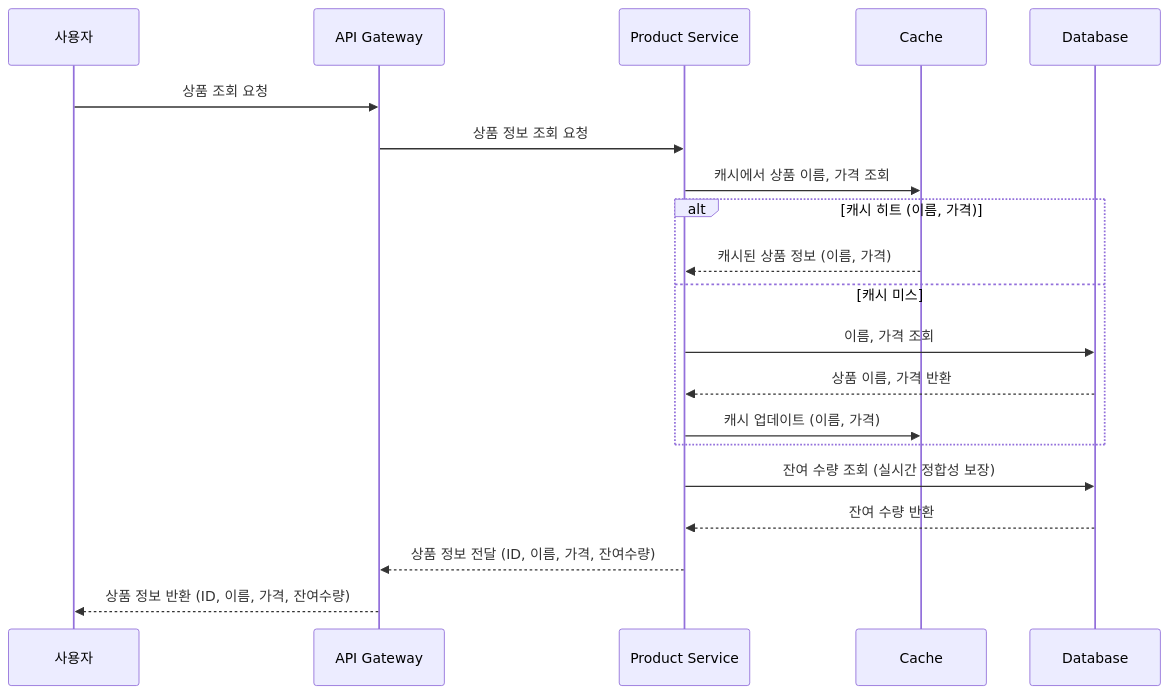
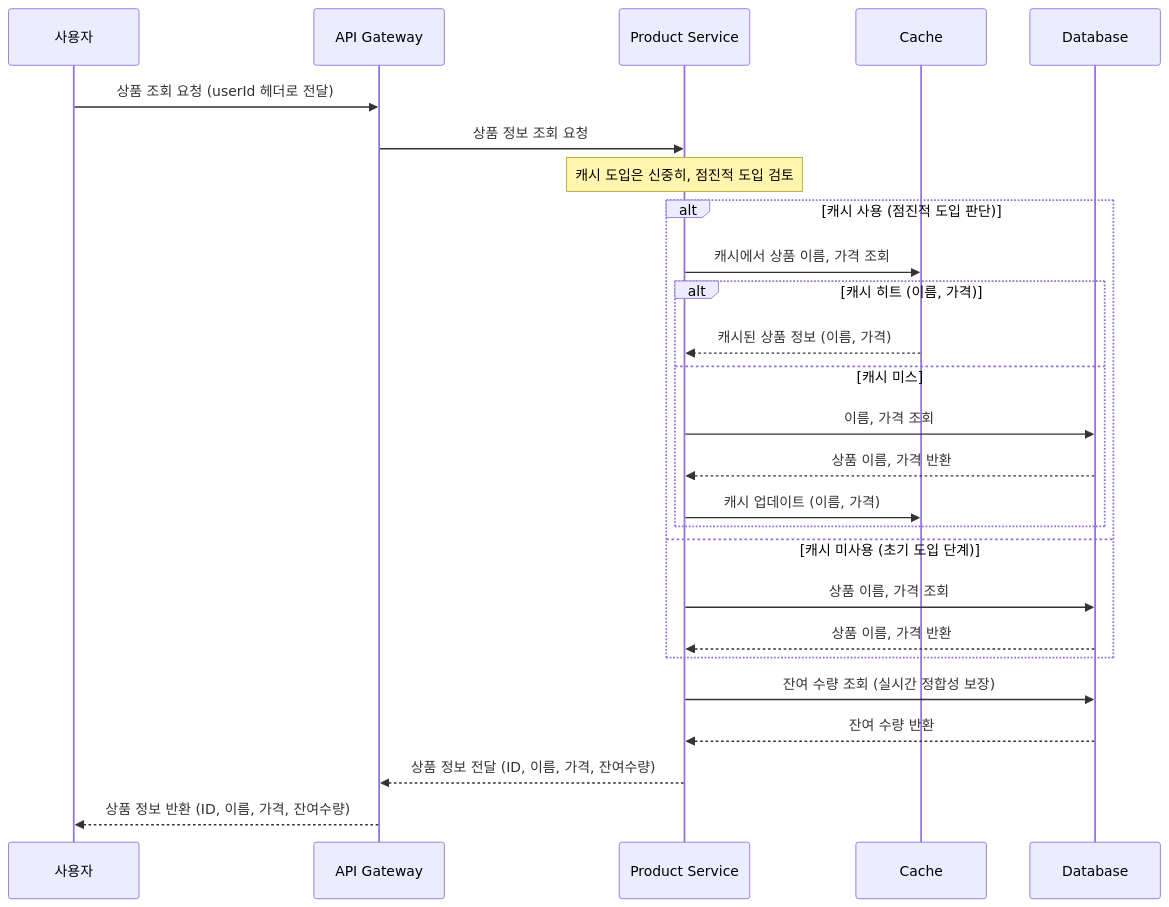
The second of 5 diagrams in README.md (kiki-sati/hhplus-tdd-e-commerce), drawn with Mermaid before and after one commit. The commit also changed other lines of this file, not shown here.

````diff
--- a/README.md
+++ b/README.md
@@ -135,23 +135,30 @@
 ```mermaid
 sequenceDiagram
     participant User as 사용자
     participant APIGateway as API Gateway
     participant ProductService as Product Service
     participant Cache as Cache
     participant Database as Database
-    User ->> APIGateway: 상품 조회 요청
+    User ->> APIGateway: 상품 조회 요청 (userId 헤더로 전달)
     APIGateway ->> ProductService: 상품 정보 조회 요청
-    ProductService ->> Cache: 캐시에서 상품 이름, 가격 조회
-    alt 캐시 히트 (이름, 가격)
-        Cache -->> ProductService: 캐시된 상품 정보 (이름, 가격)
-    else 캐시 미스
-        ProductService ->> Database: 이름, 가격 조회
+    note over ProductService: 캐시 도입은 신중히, 점진적 도입 검토
+
+    alt 캐시 사용 (점진적 도입 판단)
+        ProductService ->> Cache: 캐시에서 상품 이름, 가격 조회
+        alt 캐시 히트 (이름, 가격)
+            Cache -->> ProductService: 캐시된 상품 정보 (이름, 가격)
+        else 캐시 미스
+            ProductService ->> Database: 이름, 가격 조회
+            Database -->> ProductService: 상품 이름, 가격 반환
+            ProductService ->> Cache: 캐시 업데이트 (이름, 가격)
+        end
+    else 캐시 미사용 (초기 도입 단계)
+        ProductService ->> Database: 상품 이름, 가격 조회
         Database -->> ProductService: 상품 이름, 가격 반환
-        ProductService ->> Cache: 캐시 업데이트 (이름, 가격)
     end
+
     ProductService ->> Database: 잔여 수량 조회 (실시간 정합성 보장)
     Database -->> ProductService: 잔여 수량 반환
     ProductService -->> APIGateway: 상품 정보 전달 (ID, 이름, 가격, 잔여수량)
     APIGateway -->> User: 상품 정보 반환 (ID, 이름, 가격, 잔여수량)
-
 ```
````
